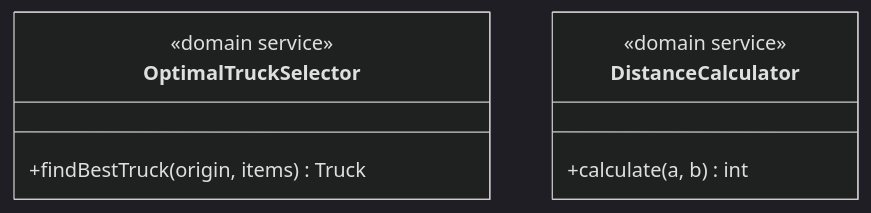
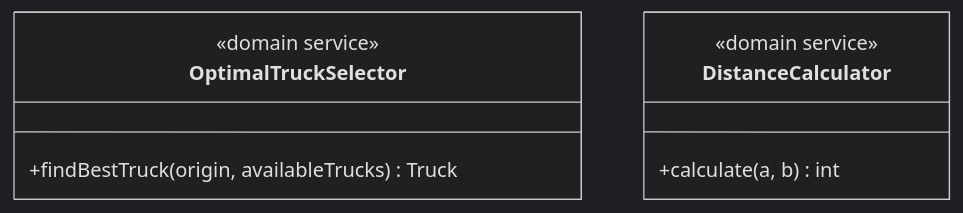
The third of 6 diagrams in transport/ddd.md (PauLopNun/workshop-suministros), drawn with Mermaid (dark theme) before and after one commit. The commit also changed other lines of this file, not shown here.

Commit message:
docs: Added flow diagrams on transport ddd.md

````diff
--- a/transport/ddd.md
+++ b/transport/ddd.md
@@ -78,11 +89,11 @@
 ```mermaid
 classDiagram
     class OptimalTruckSelector {
         <<domain service>>
-        +findBestTruck(origin, items) Truck
+        +findBestTruck(origin, availableTrucks) Truck
     }
     class DistanceCalculator {
         <<domain service>>
         +calculate(a, b) int
     }
 ```
````
